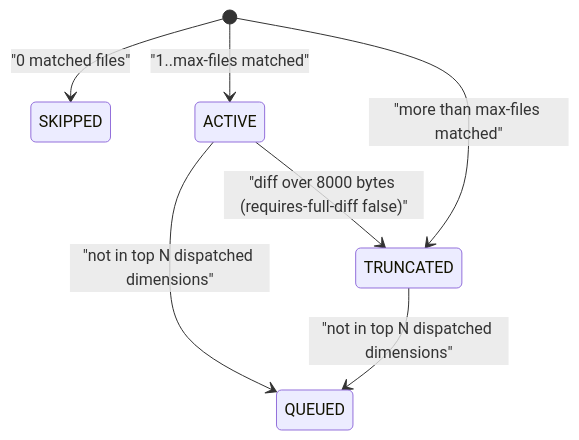
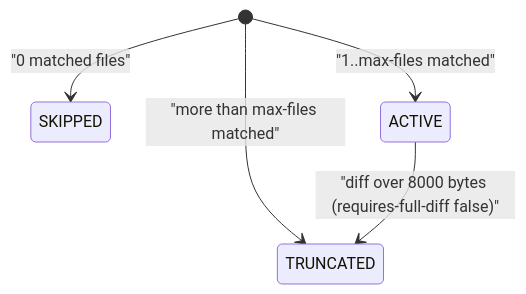
The diagram in openspec/specs/tool-review-prepare/spec.md (rnagrodzki/sdlc-plugin), drawn with Mermaid before and after one commit. The commit also changed other lines of this file and 70 other files, not shown here.

````diff
--- a/openspec/specs/tool-review-prepare/spec.md
+++ b/openspec/specs/tool-review-prepare/spec.md
@@ -179,9 +179,7 @@
 ```mermaid
 stateDiagram-v2
     [*] --> SKIPPED: "0 matched files"
     [*] --> ACTIVE: "1..max-files matched"
     [*] --> TRUNCATED: "more than max-files matched"
-    ACTIVE --> QUEUED: "not in top N dispatched dimensions"
-    TRUNCATED --> QUEUED: "not in top N dispatched dimensions"
     ACTIVE --> TRUNCATED: "diff over 8000 bytes (requires-full-diff false)"
 ```
````
